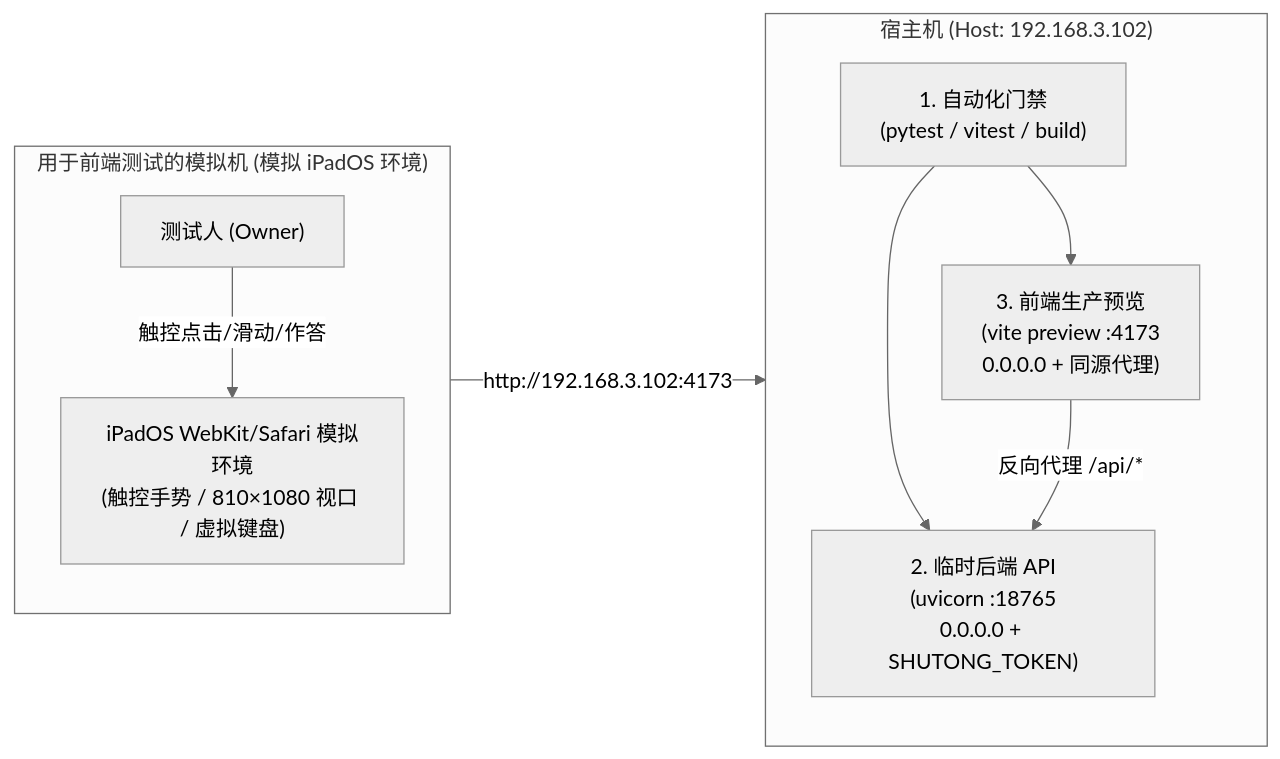
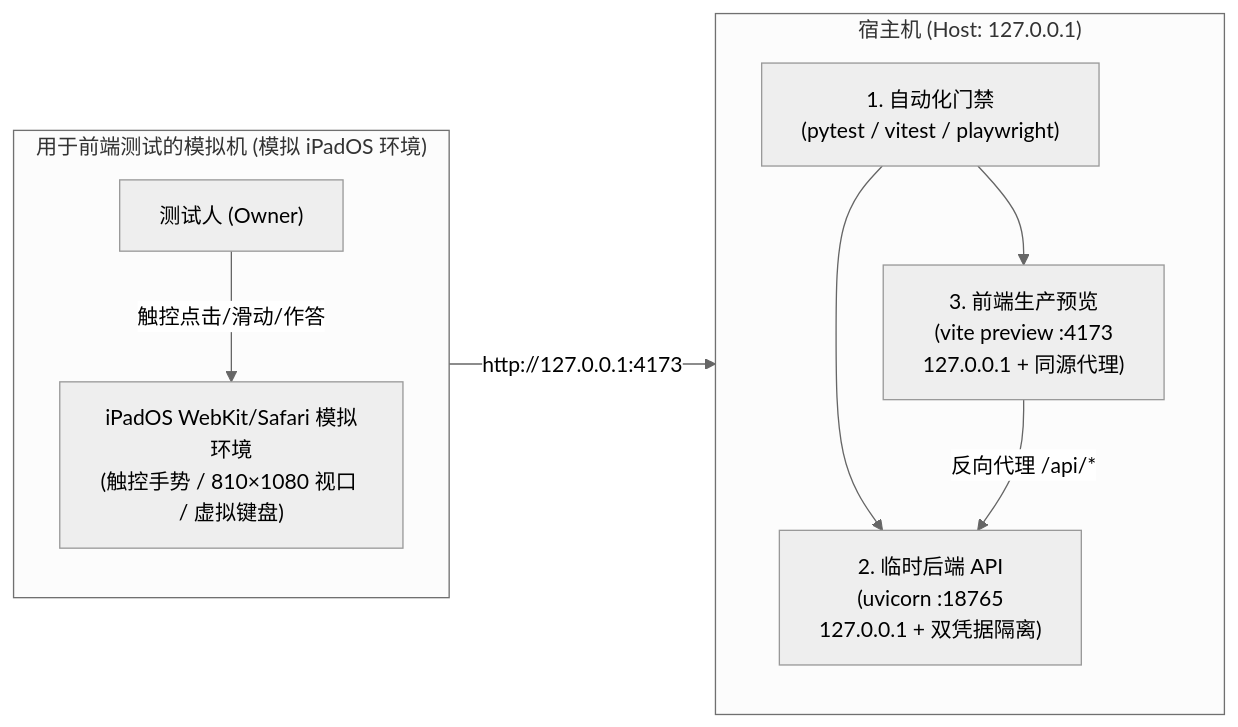
The first of 2 diagrams in docs/quality/manual-acceptance.md (xman900719/pageboy), drawn with Mermaid (neutral theme) before and after one commit. The commit also changed other lines of this file and 43 other files, not shown here.

````diff
--- a/docs/quality/manual-acceptance.md
+++ b/docs/quality/manual-acceptance.md
@@ -19,21 +14,21 @@
 ```mermaid
 flowchart LR
-    subgraph Host["宿主机 (Host: 192.168.3.102)"]
+    subgraph Host["宿主机 (Host: 127.0.0.1)"]
         direction TB
-        Build["1. 自动化门禁<br/>(pytest / vitest / build)"]
-        Backend["2. 临时后端 API<br/>(uvicorn :18765<br/>0.0.0.0 + SHUTONG_TOKEN)"]
-        Frontend["3. 前端生产预览<br/>(vite preview :4173<br/>0.0.0.0 + 同源代理)"]
+        Build["1. 自动化门禁<br/>(pytest / vitest / playwright)"]
+        Backend["2. 临时后端 API<br/>(uvicorn :18765<br/>127.0.0.1 + 双凭据隔离)"]
+        Frontend["3. 前端生产预览<br/>(vite preview :4173<br/>127.0.0.1 + 同源代理)"]
         Build --> Backend
         Build --> Frontend
     end
 
     subgraph Sim["用于前端测试的模拟机 (模拟 iPadOS 环境)"]
         direction TB
         Browser["iPadOS WebKit/Safari 模拟环境<br/>(触控手势 / 810×1080 视口 / 虚拟键盘)"]
         Tester["测试人 (Owner)"]
         Tester -->|触控点击/滑动/作答| Browser
     end
 
-    Browser -->|"http://192.168.3.102:4173"| Frontend
+    Browser -->|"http://127.0.0.1:4173"| Frontend
     Frontend -->|"反向代理 /api/*"| Backend
 ```
````
